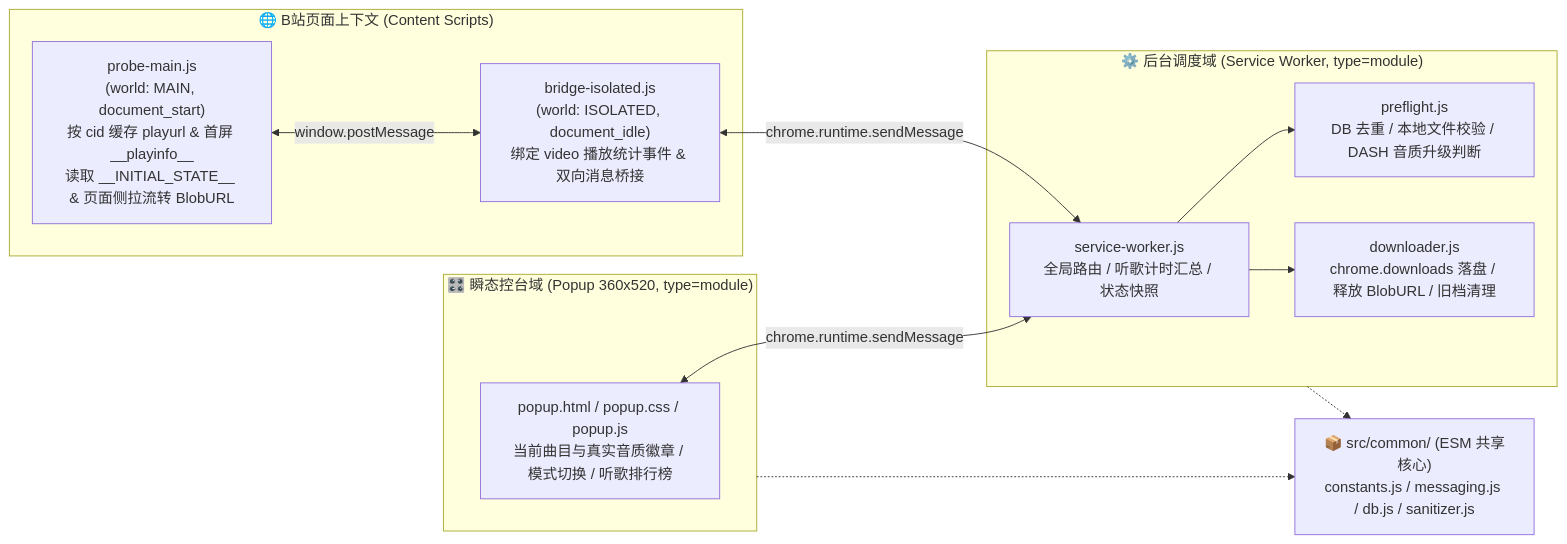
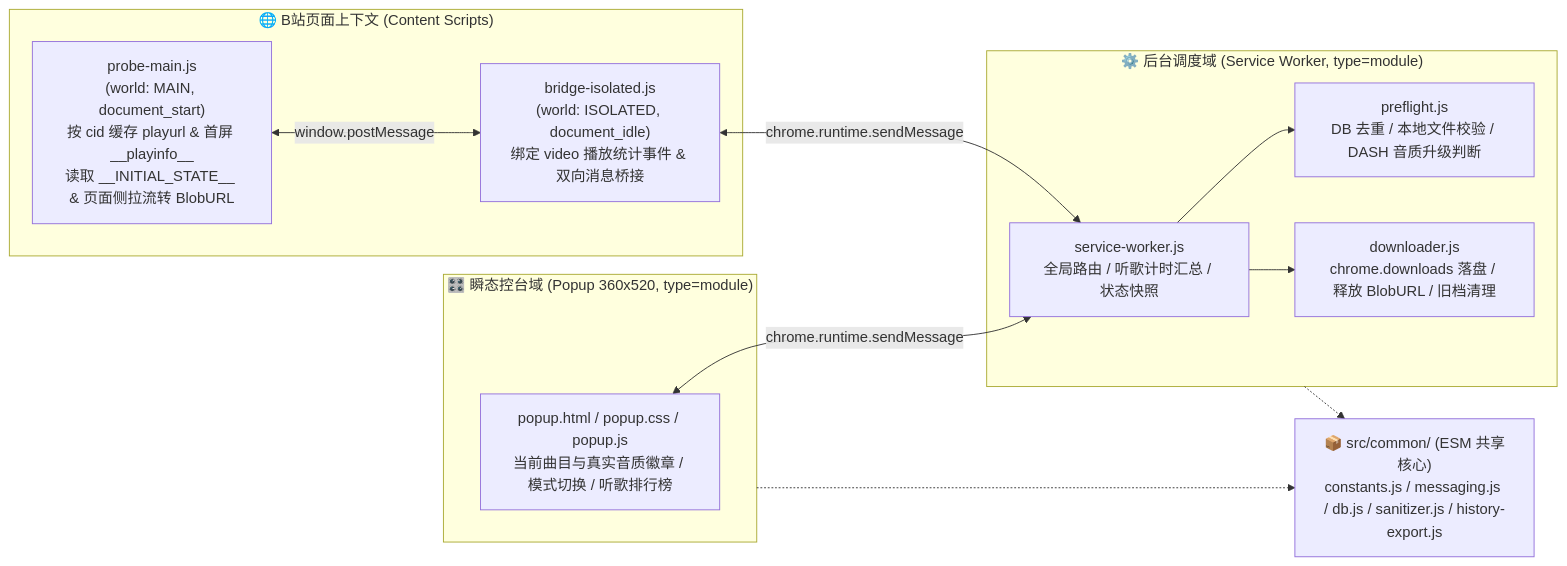
One commit to GGWD06/Bilibili_music_addon changed the diagram in memory/01_architecture.md. Above: the diagram before and after it, drawn with Mermaid. The commit also changed other lines of this file and 24 other files, not shown here.

Commit message:
feat: add Google Drive cloud library, source filters, AI history export, and update docs

````diff
--- a/memory/01_architecture.md
+++ b/memory/01_architecture.md
@@ -18,27 +18,27 @@
 ```mermaid
 flowchart LR
     subgraph Page ["🌐 B站页面上下文 (Content Scripts)"]
         ProbeMain["probe-main.js<br/>(world: MAIN, document_start)<br/>按 cid 缓存 playurl & 首屏 __playinfo__<br/>读取 __INITIAL_STATE__ & 页面侧拉流转 BlobURL"]
         BridgeIso["bridge-isolated.js<br/>(world: ISOLATED, document_idle)<br/>绑定 video 播放统计事件 & 双向消息桥接"]
         ProbeMain <-->|"window.postMessage"| BridgeIso
     end
 
     subgraph SW ["⚙️ 后台调度域 (Service Worker, type=module)"]
         ServiceWorker["service-worker.js<br/>全局路由 / 听歌计时汇总 / 状态快照"]
         Preflight["preflight.js<br/>DB 去重 / 本地文件校验 / DASH 音质升级判断"]
         Downloader["downloader.js<br/>chrome.downloads 落盘 / 释放 BlobURL / 旧档清理"]
         ServiceWorker --> Preflight
         ServiceWorker --> Downloader
     end
 
     subgraph Popup ["🎛️ 瞬态控台域 (Popup 360x520, type=module)"]
         PopupUI["popup.html / popup.css / popup.js<br/>当前曲目与真实音质徽章 / 模式切换 / 听歌排行榜"]
     end
 
-    Common["📦 src/common/ (ESM 共享核心)<br/>constants.js / messaging.js / db.js / sanitizer.js"]
+    Common["📦 src/common/ (ESM 共享核心)<br/>constants.js / messaging.js / db.js / sanitizer.js / history-export.js"]
 
     BridgeIso <-->|"chrome.runtime.sendMessage"| ServiceWorker
     PopupUI <-->|"chrome.runtime.sendMessage"| ServiceWorker
     SW -.-> Common
     Popup -.-> Common
 ```
````
